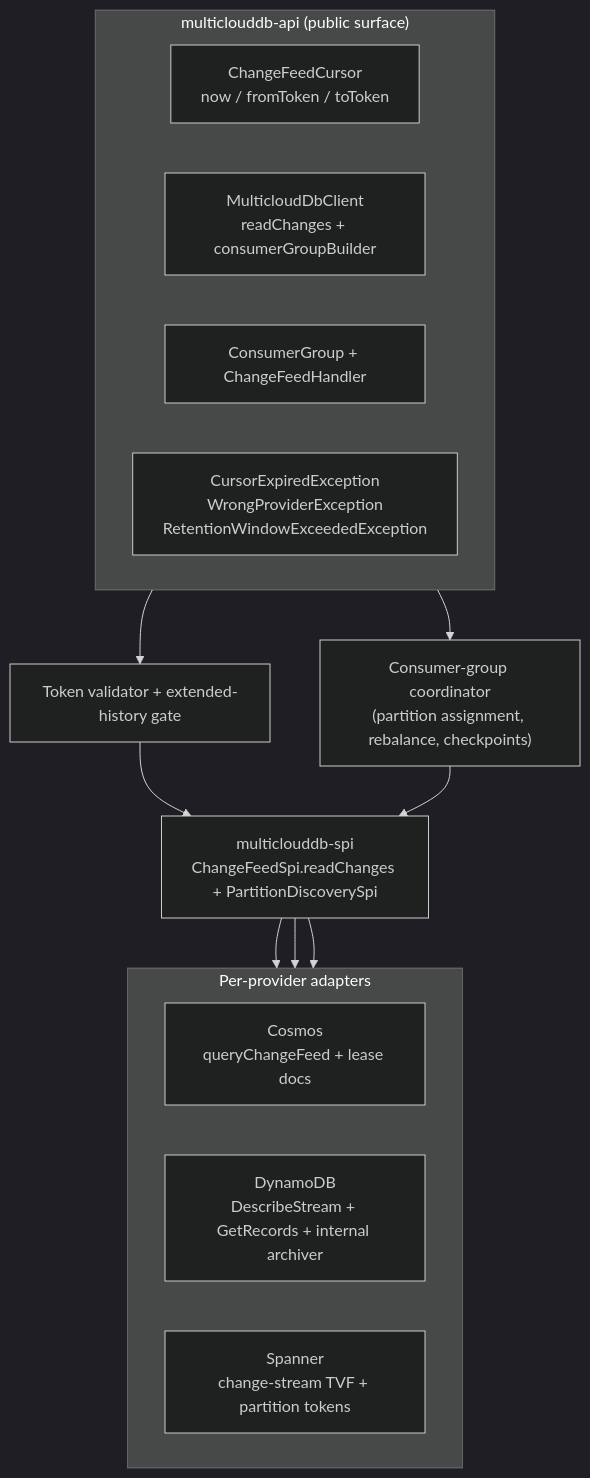
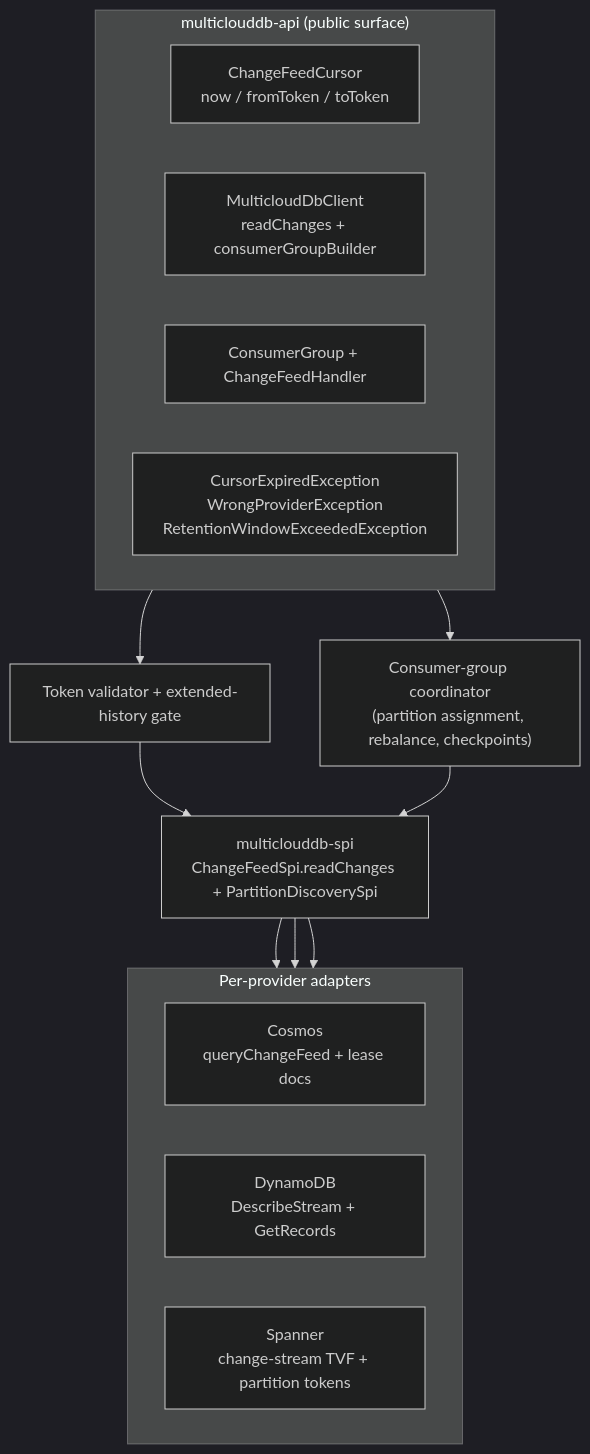
One commit to allenkim0129/multiclouddb-sdk-for-java changed the first of 2 diagrams in docs/research/scalable-change-feed-api.md. Above: the diagram before and after it, drawn with Mermaid (dark theme). The commit also changed other lines of this file, not shown here.

First line of the commit message:
docs(research): defer DynamoDB extended history (FR-118) to v1.x

````diff
--- a/docs/research/scalable-change-feed-api.md
+++ b/docs/research/scalable-change-feed-api.md
@@ -210,26 +210,26 @@
 ```mermaid
 flowchart TB
     subgraph PUB["multiclouddb-api (public surface)"]
         direction LR
         Cur["ChangeFeedCursor<br/>now / fromToken / toToken"]
         Cli["MulticloudDbClient<br/>readChanges + consumerGroupBuilder"]
         Grp["ConsumerGroup + ChangeFeedHandler"]
         Exn["CursorExpiredException<br/>WrongProviderException<br/>RetentionWindowExceededException"]
     end
     Val["Token validator + extended-history gate"]
     Coord["Consumer-group coordinator<br/>(partition assignment, rebalance, checkpoints)"]
     SPI["multiclouddb-spi<br/>ChangeFeedSpi.readChanges + PartitionDiscoverySpi"]
     subgraph IMPL["Per-provider adapters"]
         direction LR
         Cos["Cosmos<br/>queryChangeFeed + lease docs"]
-        Dyn["DynamoDB<br/>DescribeStream + GetRecords + internal archiver"]
+        Dyn["DynamoDB<br/>DescribeStream + GetRecords"]
         Spa["Spanner<br/>change-stream TVF + partition tokens"]
     end
     Cli --> Val
     Val --> SPI
     Grp --> Coord
     Coord --> SPI
     SPI --> Cos
     SPI --> Dyn
     SPI --> Spa
 ```
````
